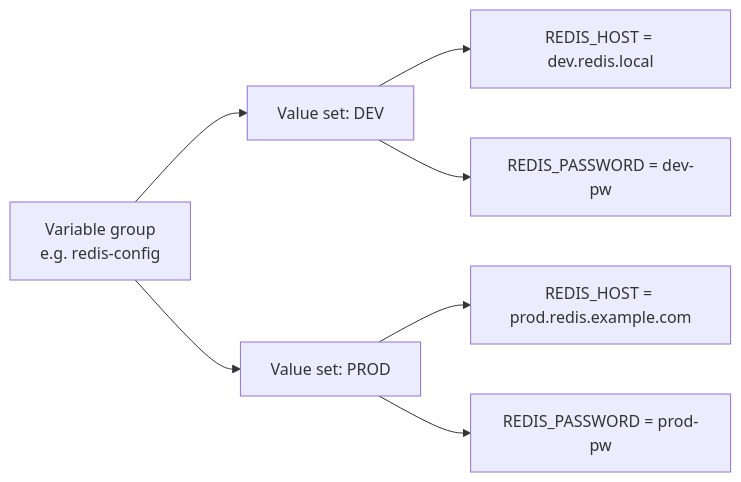
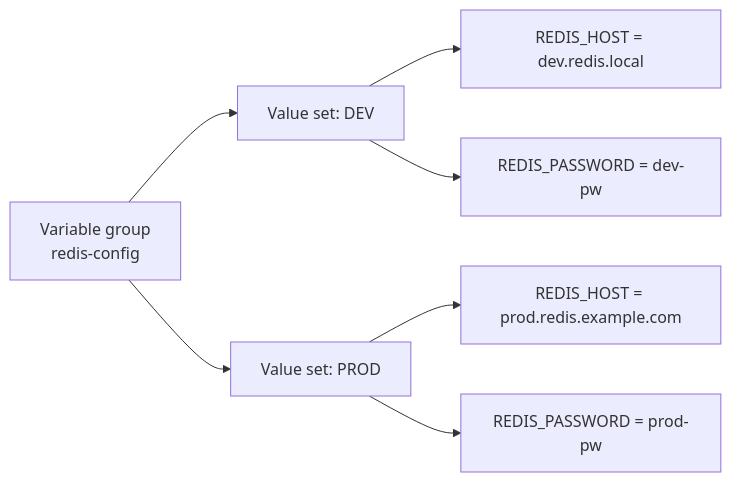
One commit to quixio/quix-docs changed the second of 4 diagrams in docs/quix-cloud/deployments/global-variables.md. Above: the diagram before and after it, drawn with Mermaid. The commit also changed other lines of this file, not shown here.

First line of the commit message:
SC-72699: Rewrite global variables docs; fix YAML field to variableGroupId

````diff
--- a/docs/quix-cloud/deployments/global-variables.md
+++ b/docs/quix-cloud/deployments/global-variables.md
@@ -41,10 +52,10 @@
 ```mermaid
 flowchart LR
-    G["Variable group<br/>e.g. redis-config"]
+    G["Variable group<br/>redis-config"]
     G --> VS1["Value set: DEV"]
     G --> VS2["Value set: PROD"]
     VS1 --> V1["REDIS_HOST = dev.redis.local"]
     VS1 --> V2["REDIS_PASSWORD = dev-pw"]
     VS2 --> V3["REDIS_HOST = prod.redis.example.com"]
     VS2 --> V4["REDIS_PASSWORD = prod-pw"]
 ```
````
